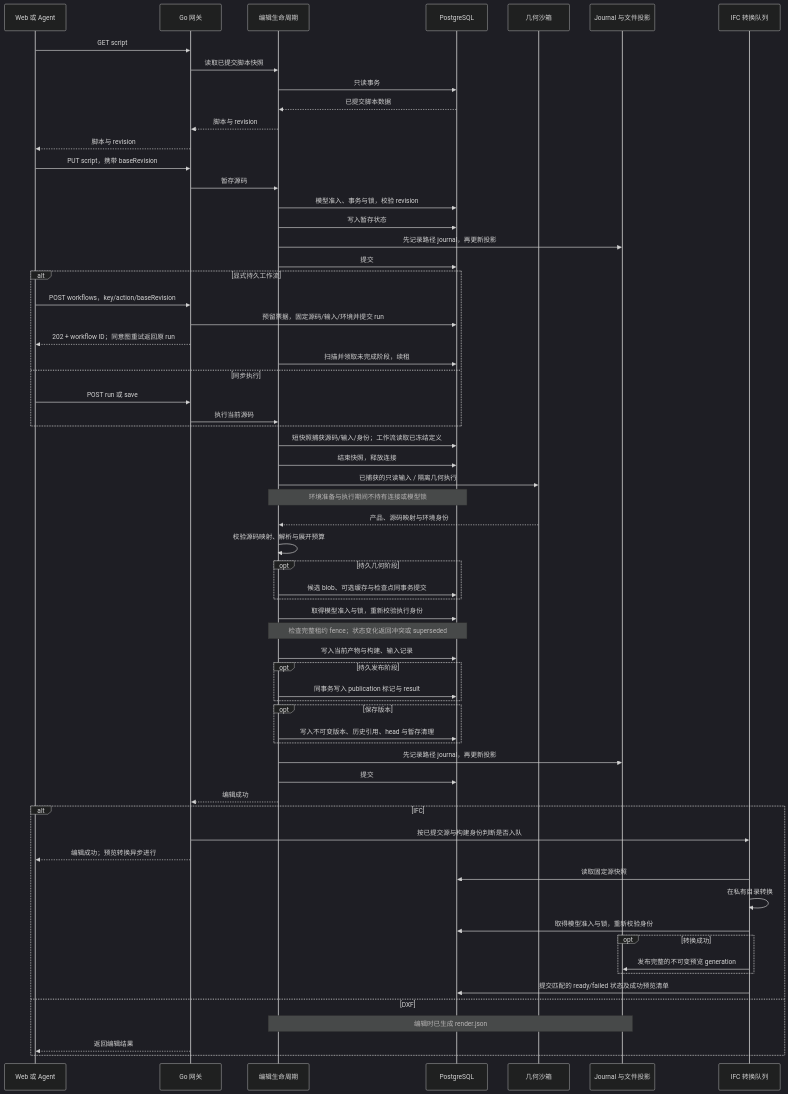
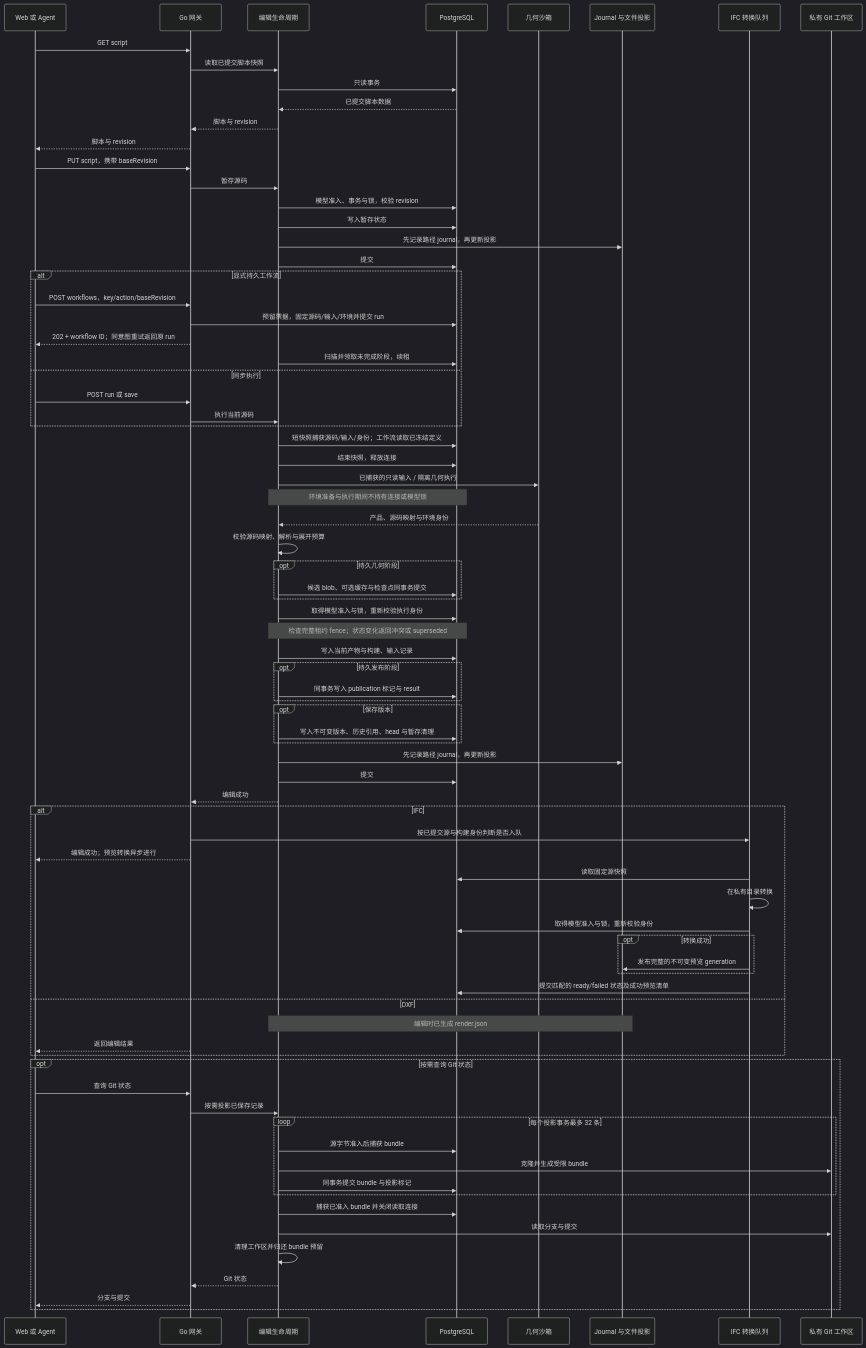
One commit to 0702hjj/SourceAEC changed the second of 3 diagrams in README.zh-CN.md. Above: the diagram before and after it, drawn with Mermaid (dark theme). The commit also changed other lines of this file and 29 other files, not shown here.

````diff
--- a/README.zh-CN.md
+++ b/README.zh-CN.md
@@ -82,66 +83,81 @@
 ```mermaid
 sequenceDiagram
     participant U as Web 或 Agent
     participant A as Go 网关
     participant E as 编辑生命周期
     participant P as PostgreSQL
     participant S as 几何沙箱
     participant F as Journal 与文件投影
     participant Q as IFC 转换队列
+    participant G as 私有 Git 工作区
     U->>A: GET script
     A->>E: 读取已提交脚本快照
     E->>P: 只读事务
     P-->>E: 已提交脚本数据
     E-->>A: 脚本与 revision
     A-->>U: 脚本与 revision
     U->>A: PUT script，携带 baseRevision
     A->>E: 暂存源码
     E->>P: 模型准入、事务与锁，校验 revision
     E->>P: 写入暂存状态
     E->>F: 先记录路径 journal，再更新投影
     E->>P: 提交
     alt 显式持久工作流
         U->>A: POST workflows，key/action/baseRevision
         A->>P: 预留票据，固定源码/输入/环境并提交 run
         A-->>U: 202 + workflow ID；同意图重试返回原 run
         E->>P: 扫描并领取未完成阶段，续租
     else 同步执行
         U->>A: POST run 或 save
         A->>E: 执行当前源码
     end
     E->>P: 短快照捕获源码/输入/身份；工作流读取已冻结定义
     E->>P: 结束快照，释放连接
     E->>S: 已捕获的只读输入 / 隔离几何执行
     Note over E,P: 环境准备与执行期间不持有连接或模型锁
     S-->>E: 产品、源码映射与环境身份
     E->>E: 校验源码映射、解析与展开预算
     opt 持久几何阶段
         E->>P: 候选 blob、可选缓存与检查点同事务提交
     end
     E->>P: 取得模型准入与锁，重新校验执行身份
     Note over E,P: 检查完整租约 fence；状态变化返回冲突或 superseded
     E->>P: 写入当前产物与构建、输入记录
     opt 持久发布阶段
         E->>P: 同事务写入 publication 标记与 result
     end
     opt 保存版本
         E->>P: 写入不可变版本、历史引用、head 与暂存清理
     end
     E->>F: 先记录路径 journal，再更新投影
     E->>P: 提交
     E-->>A: 编辑成功
     alt IFC
         A->>Q: 按已提交源与构建身份判断是否入队
         A-->>U: 编辑成功；预览转换异步进行
         Q->>P: 读取固定源快照
         Q->>Q: 在私有目录转换
         Q->>P: 取得模型准入与锁，重新校验身份
         opt 转换成功
             Q->>F: 发布完整的不可变预览 generation
         end
         Q->>P: 提交匹配的 ready/failed 状态及成功预览清单
     else DXF
         Note over E,F: 编辑时已生成 render.json
         A-->>U: 返回编辑结果
     end
+    opt 按需查询 Git 状态
+        U->>A: 查询 Git 状态
+        A->>E: 按需投影已保存记录
+        loop 每个投影事务最多 32 条
+            E->>P: 源字节准入后捕获 bundle
+            E->>G: 克隆并生成受限 bundle
+            E->>P: 同事务提交 bundle 与投影标记
+        end
+        E->>P: 捕获已准入 bundle 并关闭读取连接
+        E->>G: 读取分支与提交
+        E->>E: 清理工作区并归还 bundle 预留
+        E-->>A: Git 状态
+        A-->>U: 分支与提交
+    end
 ```
````
